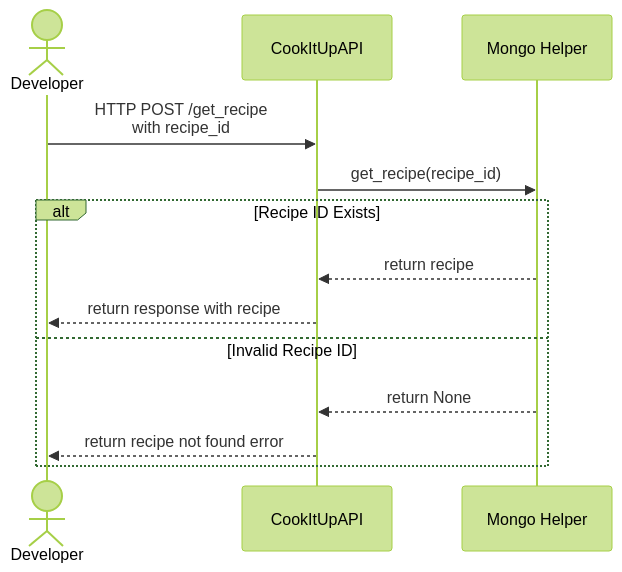
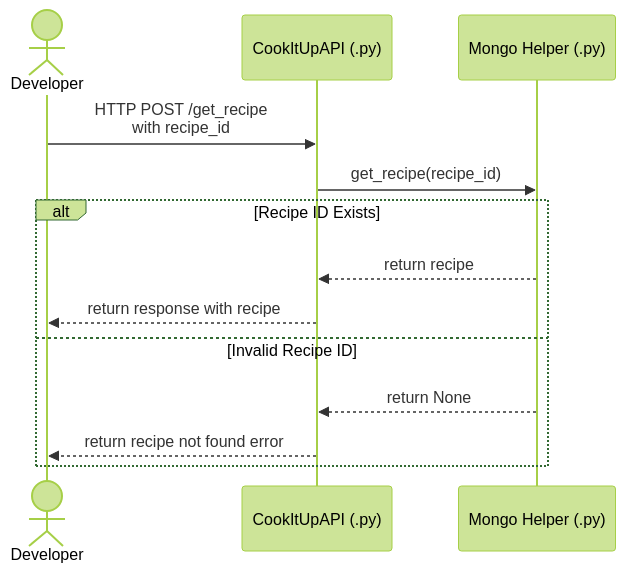
One commit to Suraj-09/CookItUpAPI changed the diagram in diagrams/sequence_recipe.mmd. Above: the diagram before and after it, drawn with Mermaid (forest theme).

Commit message:
updated sequence diagrams

```diff
--- a/diagrams/sequence_recipe.mmd
+++ b/diagrams/sequence_recipe.mmd
@@ -1,14 +1,14 @@
 sequenceDiagram
     actor dev as Developer
-    participant api as CookItUpAPI    
-    participant mongo_helper as Mongo Helper
+    participant api as CookItUpAPI (.py)
+    participant mongo_helper as Mongo Helper (.py)
 
     dev->>api: HTTP POST /get_recipe <br> with recipe_id
     api->>mongo_helper: get_recipe(recipe_id)
     alt Recipe ID Exists
         mongo_helper-->>api: return recipe
         api-->>dev: return response with recipe
     else Invalid Recipe ID
         mongo_helper-->>api: return None
         api-->>dev: return recipe not found error
     end
```
